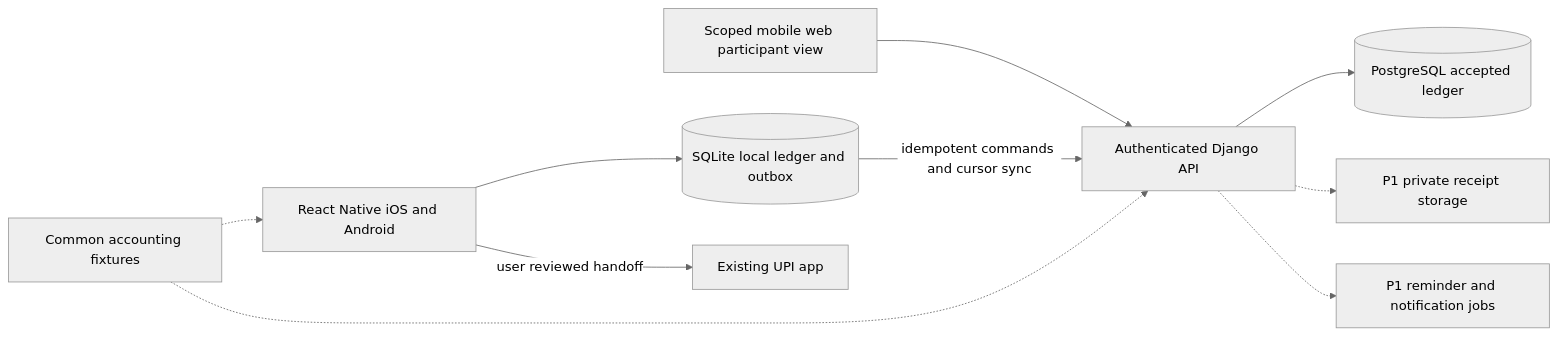
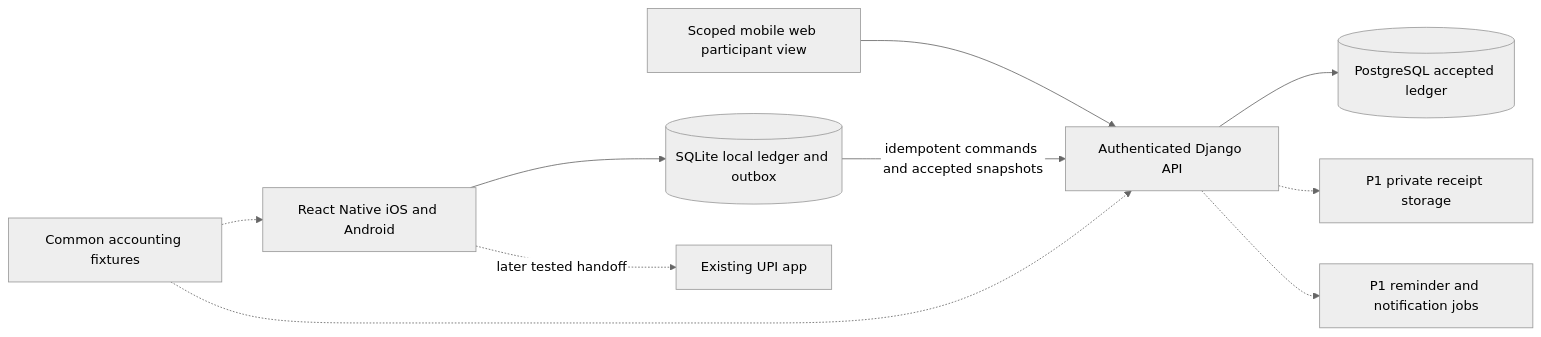
One commit to omshejul/MeroSplit.com changed the second of 2 diagrams in PRD.md. Above: the diagram before and after it, drawn with Mermaid (neutral theme). The commit also changed other lines of this file and 21 other files, not shown here.

Commit message:
Add normal expense flows and durable native recovery

````diff
--- a/PRD.md
+++ b/PRD.md
@@ -342,12 +342,12 @@
 ```mermaid
 flowchart LR
     Native[React Native iOS and Android] --> Local[(SQLite local ledger and outbox)]
     Guest[Scoped mobile web participant view] --> API[Authenticated Django API]
-    Local -->|idempotent commands and cursor sync| API
+    Local -->|idempotent commands and accepted snapshots| API
     API --> DB[(PostgreSQL accepted ledger)]
-    Native -->|user reviewed handoff| UPI[Existing UPI app]
+    Native -.->|later tested handoff| UPI[Existing UPI app]
     API -.-> Files[P1 private receipt storage]
     API -.-> Jobs[P1 reminder and notification jobs]
     Core[Common accounting fixtures] -.-> Native
     Core -.-> API
 ```
````
